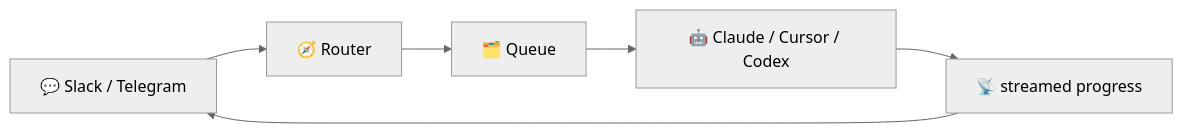
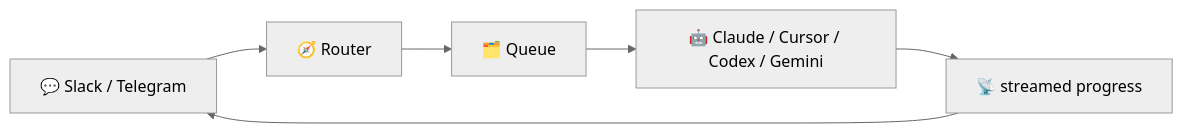
Before and after one commit to Capsbharg/agent-connect: the diagram in README.md, drawn with Mermaid (neutral theme). The commit also changed other lines of this file and 22 other files, not shown here.

````diff
--- a/README.md
+++ b/README.md
@@ -14,8 +14,8 @@
 ```mermaid
 flowchart LR
     A["💬 Slack / Telegram"] --> B["🧭 Router"]
     B --> C["🗂️ Queue"]
-    C --> D["🤖 Claude / Cursor / Codex"]
+    C --> D["🤖 Claude / Cursor / Codex / Gemini"]
     D --> E["📡 streamed progress"]
     E --> A
 ```
````
